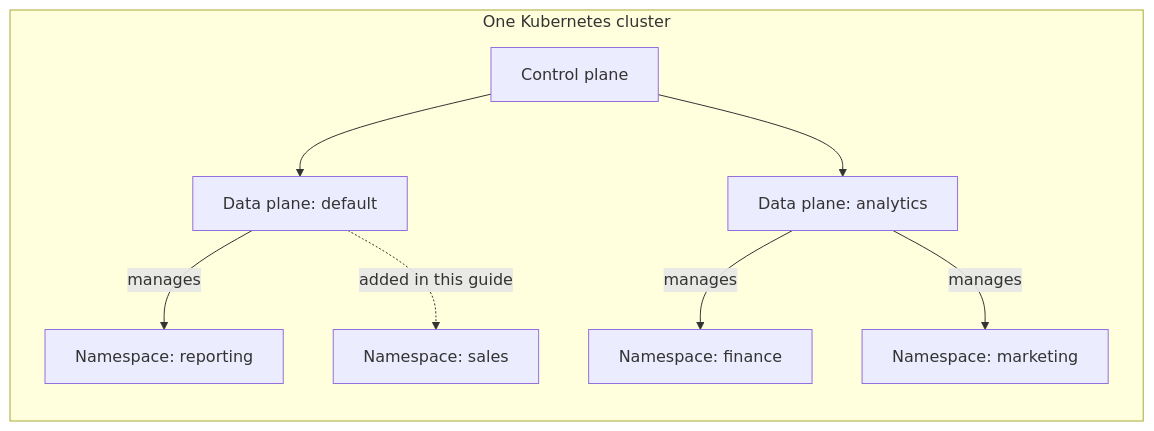
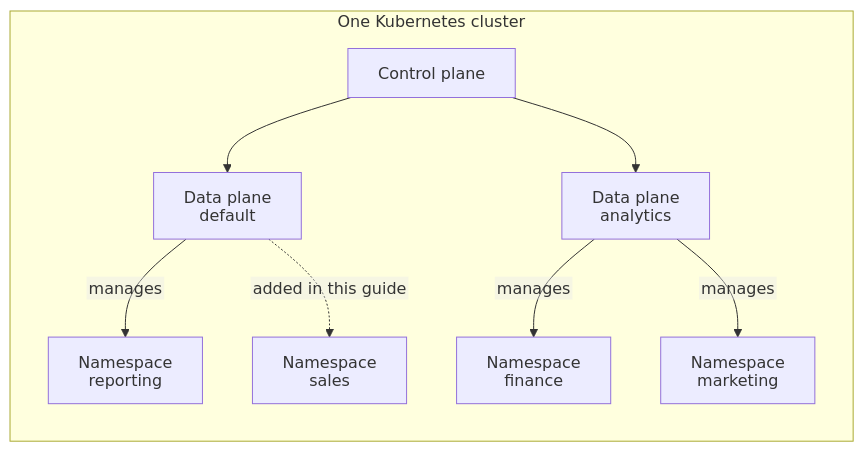
Before and after one commit to iomete/iom-docs: the diagram in docs/deployment/connect-namespace.md, drawn with Mermaid.

Commit message:
docs(PLA-1871): stop the namespace diagram from clipping its labels
Mermaid drew the node labels as HTML inside SVG foreignObject boxes
that were sized before the browser laid out the text. Some browsers
kept each label on one line and cut it off at the box edge. The
diagram now uses SVG text labels, which Mermaid measures in the font
it renders, and splits each name onto a second line.

Claude-Session: https://claude.ai/code/session_01XkpUaYW9NSzuVsjLvzicfy

````diff
--- a/docs/deployment/connect-namespace.md
+++ b/docs/deployment/connect-namespace.md
@@ -29,13 +29,19 @@
 ```mermaid
+---
+config:
+  htmlLabels: false
+  flowchart:
+    htmlLabels: false
+---
 flowchart LR
   accTitle: Data planes and workload namespaces in one Kubernetes cluster
   accDescr: The control plane manages two data planes. The default data plane manages the workload namespace reporting, and this guide adds sales to it. The additional data plane analytics manages finance and marketing.
   subgraph cluster["One Kubernetes cluster"]
-    control["Control plane"] --> defaultPlane["Data plane: default"]
-    control --> analyticsPlane["Data plane: analytics"]
-    defaultPlane -->|manages| reporting["Namespace: reporting"]
-    defaultPlane -.->|added in this guide| sales["Namespace: sales"]
-    analyticsPlane -->|manages| finance["Namespace: finance"]
-    analyticsPlane -->|manages| marketing["Namespace: marketing"]
+    control["Control plane"] --> defaultPlane["Data plane<br/>default"]
+    control --> analyticsPlane["Data plane<br/>analytics"]
+    defaultPlane -->|manages| reporting["Namespace<br/>reporting"]
+    defaultPlane -.->|added in this guide| sales["Namespace<br/>sales"]
+    analyticsPlane -->|manages| finance["Namespace<br/>finance"]
+    analyticsPlane -->|manages| marketing["Namespace<br/>marketing"]
   end
 ```
````
